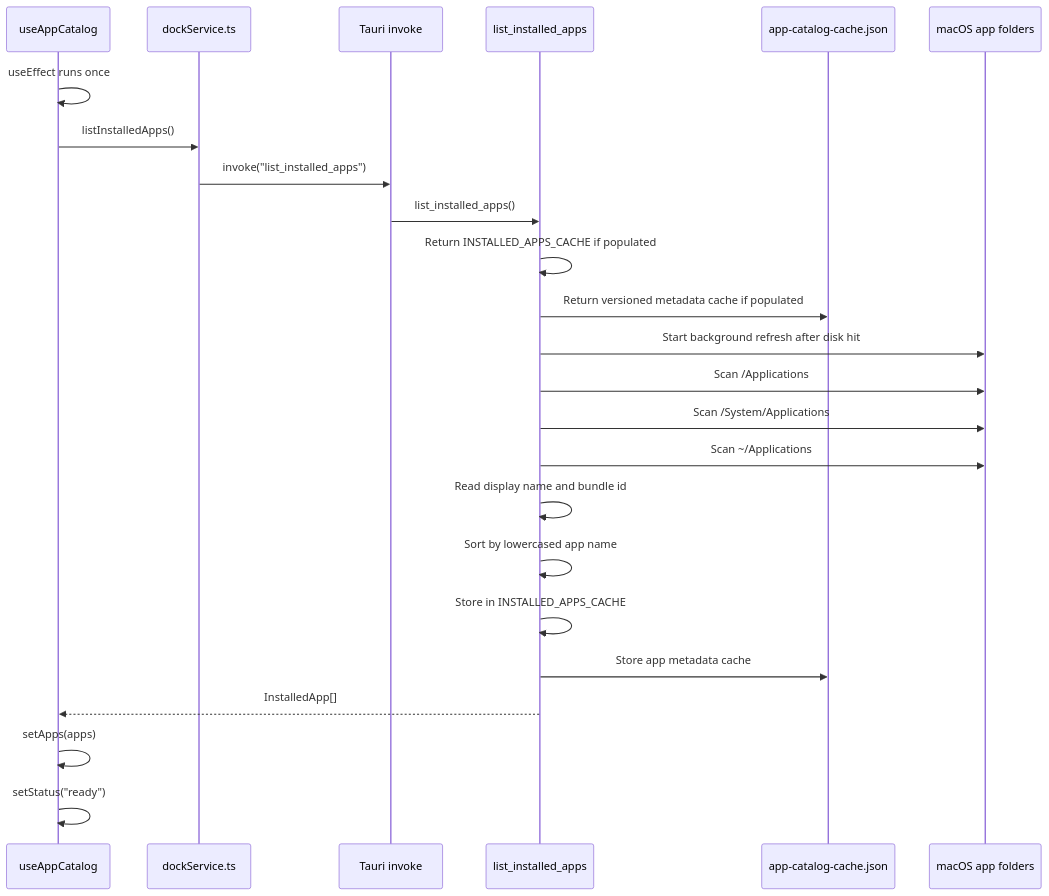
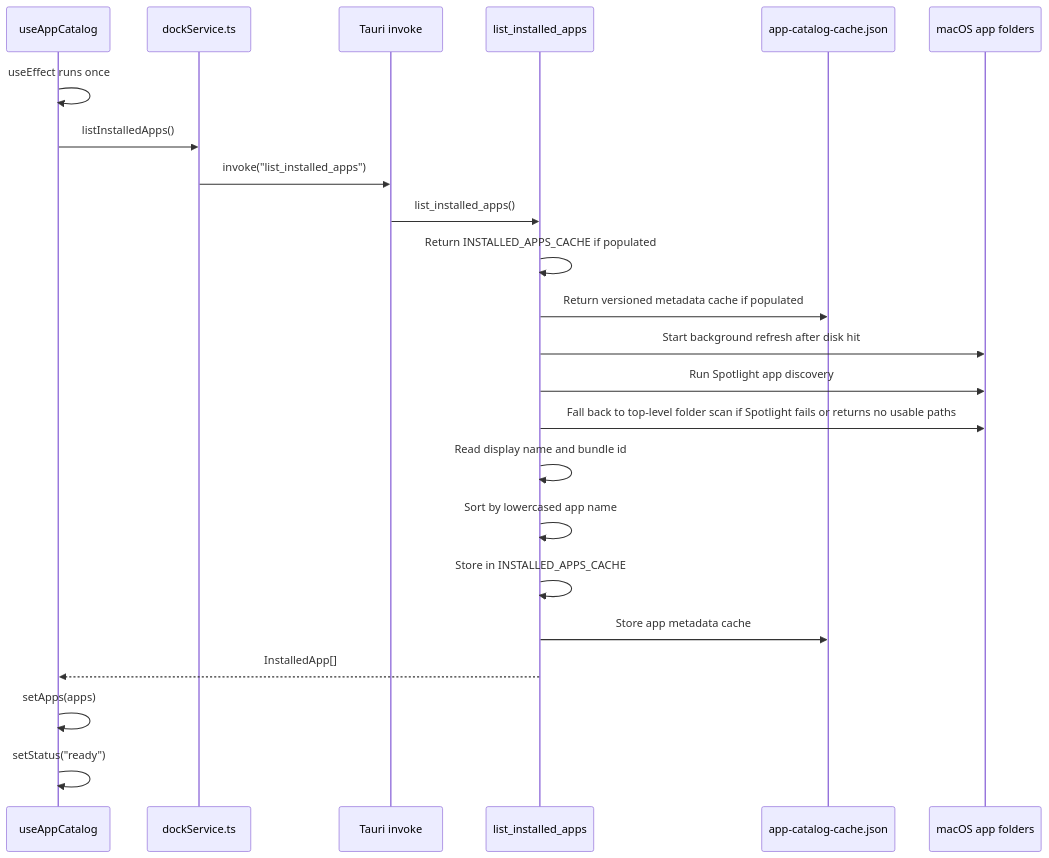
Before and after one commit to Westluu/Workspaces: the third of 6 diagrams in ADD_ITEM_MODAL_APP_LOADING.md, drawn with Mermaid. The commit also changed other lines of this file and 2 other files, not shown here.

Commit message:
feat: spotlight discovery for app for faster searching

````diff
--- a/ADD_ITEM_MODAL_APP_LOADING.md
+++ b/ADD_ITEM_MODAL_APP_LOADING.md
@@ -137,27 +146,26 @@
 ```mermaid
 sequenceDiagram
   participant Hook as useAppCatalog
   participant Service as dockService.ts
   participant Tauri as Tauri invoke
   participant Rust as list_installed_apps
   participant Disk as app-catalog-cache.json
   participant FS as macOS app folders
 
   Hook->>Hook: useEffect runs once
   Hook->>Service: listInstalledApps()
   Service->>Tauri: invoke("list_installed_apps")
   Tauri->>Rust: list_installed_apps()
   Rust->>Rust: Return INSTALLED_APPS_CACHE if populated
   Rust->>Disk: Return versioned metadata cache if populated
   Rust->>FS: Start background refresh after disk hit
-  Rust->>FS: Scan /Applications
-  Rust->>FS: Scan /System/Applications
-  Rust->>FS: Scan ~/Applications
+  Rust->>FS: Run Spotlight app discovery
+  Rust->>FS: Fall back to top-level folder scan if Spotlight fails or returns no usable paths
   Rust->>Rust: Read display name and bundle id
   Rust->>Rust: Sort by lowercased app name
   Rust->>Rust: Store in INSTALLED_APPS_CACHE
   Rust->>Disk: Store app metadata cache
   Rust-->>Hook: InstalledApp[]
   Hook->>Hook: setApps(apps)
   Hook->>Hook: setStatus("ready")
 ```
````
